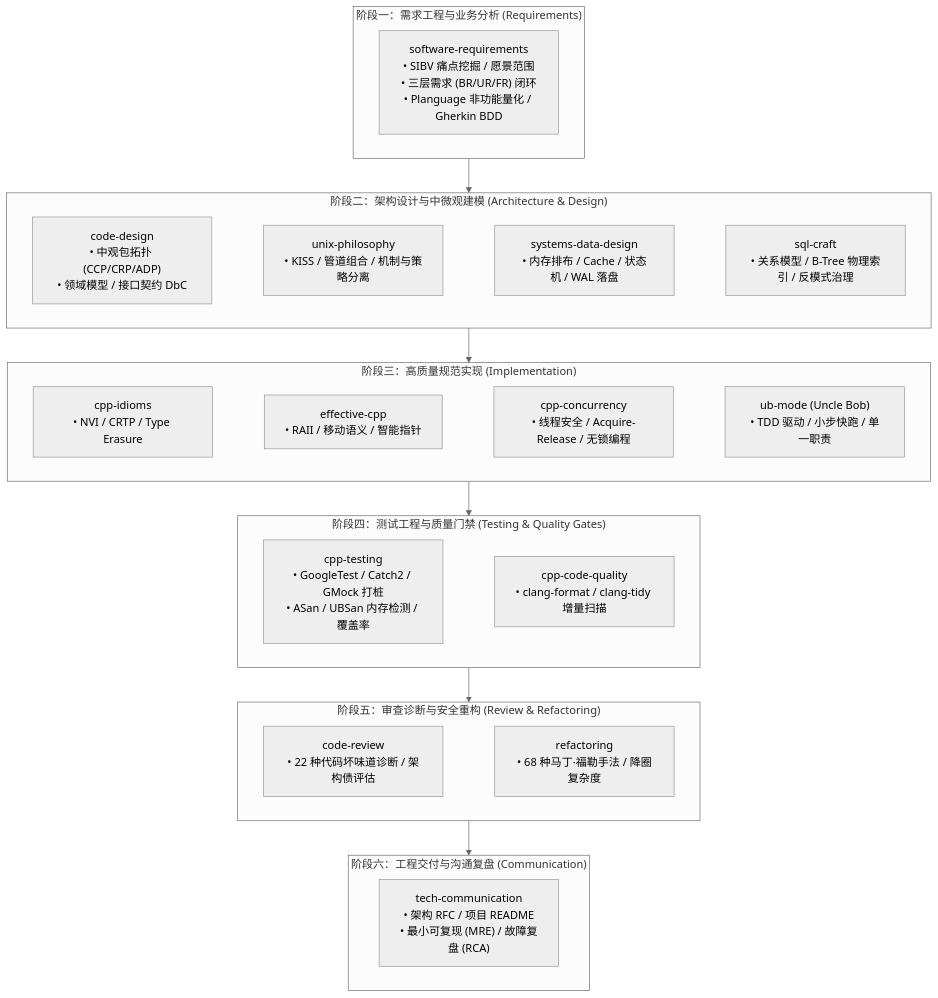
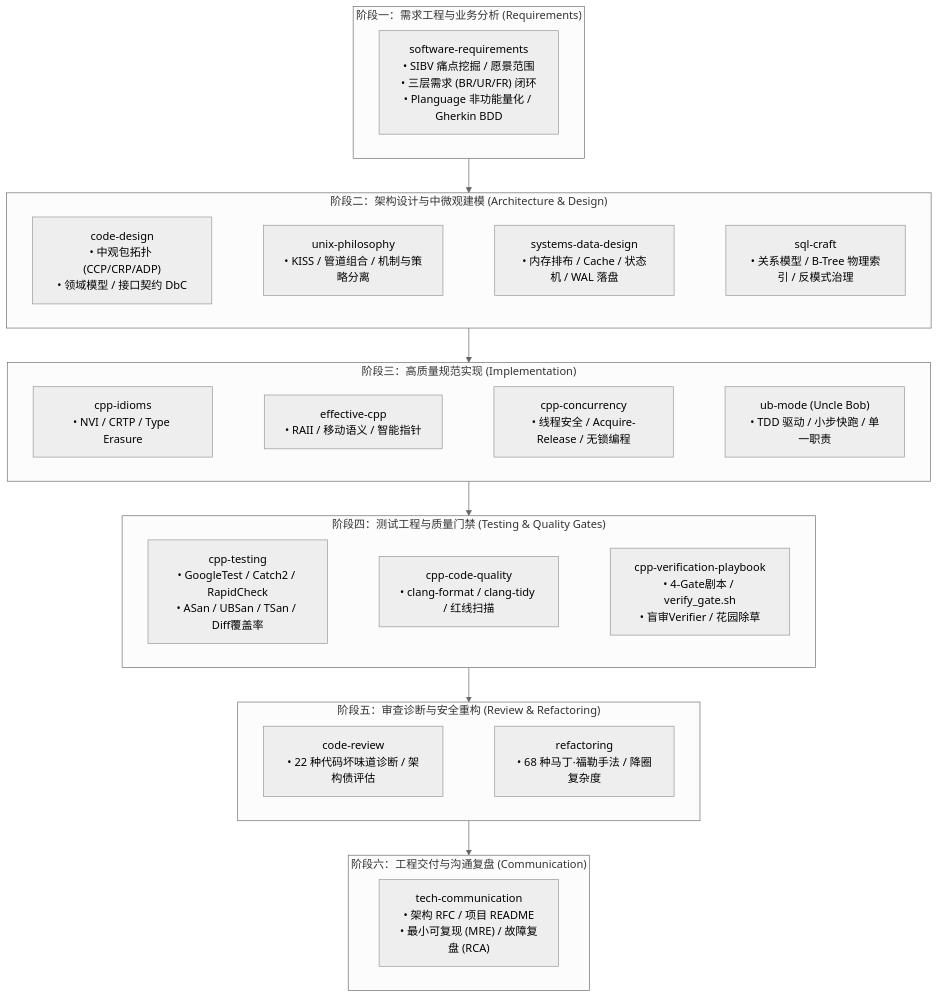
The second of 2 diagrams in README.md (lilucpp/code-craft), drawn with Mermaid (neutral theme) before and after one commit. The commit also changed other lines of this file and 10 other files, not shown here.

First line of the commit message:
feat(playbook,lint): add verify_gate, clang-analyzer, and bounds/fs redline gates

````diff
--- a/README.md
+++ b/README.md
@@ -72,50 +74,51 @@
 ```mermaid
 flowchart TD
     subgraph S1 ["阶段一：需求工程与业务分析 (Requirements)"]
         direction LR
         REQ["software-requirements<br>• SIBV 痛点挖掘 / 愿景范围<br>• 三层需求 (BR/UR/FR) 闭环<br>• Planguage 非功能量化 / Gherkin BDD"]
     end
 
     subgraph S2 ["阶段二：架构设计与中微观建模 (Architecture & Design)"]
         direction LR
         DIR["code-design<br>• 中观包拓扑 (CCP/CRP/ADP)<br>• 领域模型 / 接口契约 DbC"]
         UNIX["unix-philosophy<br>• KISS / 管道组合 / 机制与策略分离"]
         DATA["systems-data-design<br>• 内存排布 / Cache / 状态机 / WAL 落盘"]
         SQL["sql-craft<br>• 关系模型 / B-Tree 物理索引 / 反模式治理"]
         DIR ~~~ UNIX ~~~ DATA ~~~ SQL
     end
 
     subgraph S3 ["阶段三：高质量规范实现 (Implementation)"]
         direction LR
         CPP_IDIOM["cpp-idioms<br>• NVI / CRTP / Type Erasure"]
         EFF_CPP["effective-cpp<br>• RAII / 移动语义 / 智能指针"]
         CONCURRENCY["cpp-concurrency<br>• 线程安全 / Acquire-Release / 无锁编程"]
         UB["ub-mode (Uncle Bob)<br>• TDD 驱动 / 小步快跑 / 单一职责"]
         CPP_IDIOM ~~~ EFF_CPP ~~~ CONCURRENCY ~~~ UB
     end
 
     subgraph S4 ["阶段四：测试工程与质量门禁 (Testing & Quality Gates)"]
         direction LR
-        TEST["cpp-testing<br>• GoogleTest / Catch2 / GMock 打桩<br>• ASan / UBSan 内存检测 / 覆盖率"]
-        QUALITY["cpp-code-quality<br>• clang-format / clang-tidy 增量扫描"]
-        TEST ~~~ QUALITY
+        TEST["cpp-testing<br>• GoogleTest / Catch2 / RapidCheck<br>• ASan / UBSan / TSan / Diff覆盖率"]
+        QUALITY["cpp-code-quality<br>• clang-format / clang-tidy / 红线扫描"]
+        PLAYBOOK["cpp-verification-playbook<br>• 4-Gate剧本 / verify_gate.sh<br>• 盲审Verifier / 花园除草"]
+        TEST ~~~ QUALITY ~~~ PLAYBOOK
     end
 
     subgraph S5 ["阶段五：审查诊断与安全重构 (Review & Refactoring)"]
         direction LR
         REVIEW["code-review<br>• 22 种代码坏味道诊断 / 架构债评估"]
         REFACTOR["refactoring<br>• 68 种马丁·福勒手法 / 降圈复杂度"]
         REVIEW ~~~ REFACTOR
     end
 
     subgraph S6 ["阶段六：工程交付与沟通复盘 (Communication)"]
         direction LR
         COMM["tech-communication<br>• 架构 RFC / 项目 README<br>• 最小可复现 (MRE) / 故障复盘 (RCA)"]
     end
 
     S1 --> S2
     S2 --> S3
     S3 --> S4
     S4 --> S5
     S5 --> S6
 ```
````
